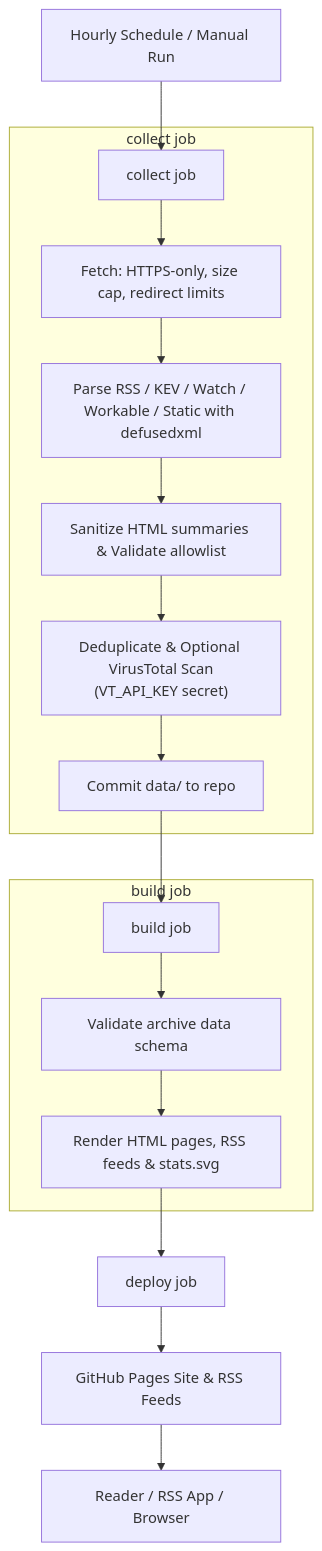
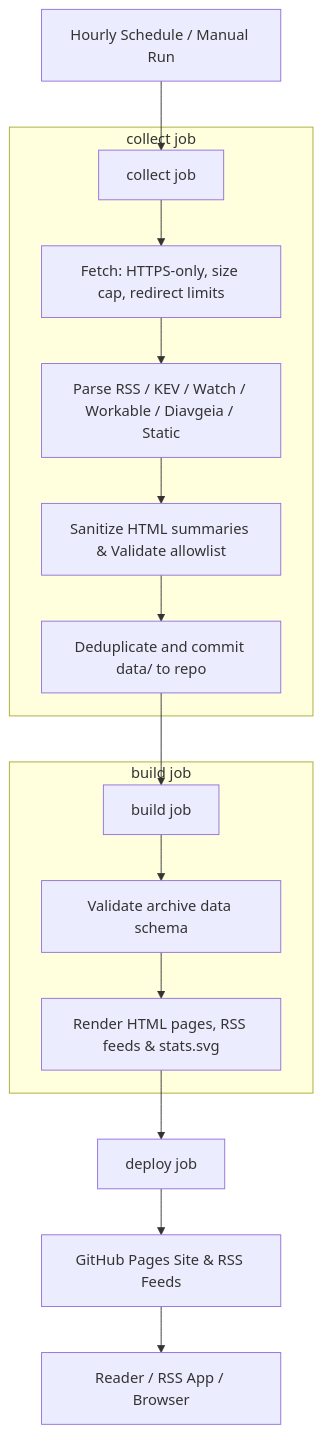
One commit to Chris-0001/threat-feed changed the diagram in README.md. Above: the diagram before and after it, drawn with Mermaid. The commit also changed other lines of this file and 10 other files, not shown here.

````diff
--- a/README.md
+++ b/README.md
@@ -15,19 +14,18 @@
 ```mermaid
 flowchart TD
     A[Hourly Schedule / Manual Run] --> B[collect job]
     subgraph collect job
         B --> B1[Fetch: HTTPS-only, size cap, redirect limits]
-        B1 --> B2[Parse RSS / KEV / Watch / Workable / Static with defusedxml]
+        B1 --> B2[Parse RSS / KEV / Watch / Workable / Diavgeia / Static]
         B2 --> B3[Sanitize HTML summaries & Validate allowlist]
-        B3 --> B4["Deduplicate & Optional VirusTotal Scan<br>(VT_API_KEY secret)"]
-        B4 --> B5[Commit data/ to repo]
+        B3 --> B4[Deduplicate and commit data/ to repo]
     end
-    B5 --> C[build job]
+    B4 --> C[build job]
     subgraph build job
         C --> C1[Validate archive data schema]
         C1 --> C2[Render HTML pages, RSS feeds & stats.svg]
     end
     C2 --> D[deploy job]
     D --> E[GitHub Pages Site & RSS Feeds]
     E --> F[Reader / RSS App / Browser]
 ```
````
